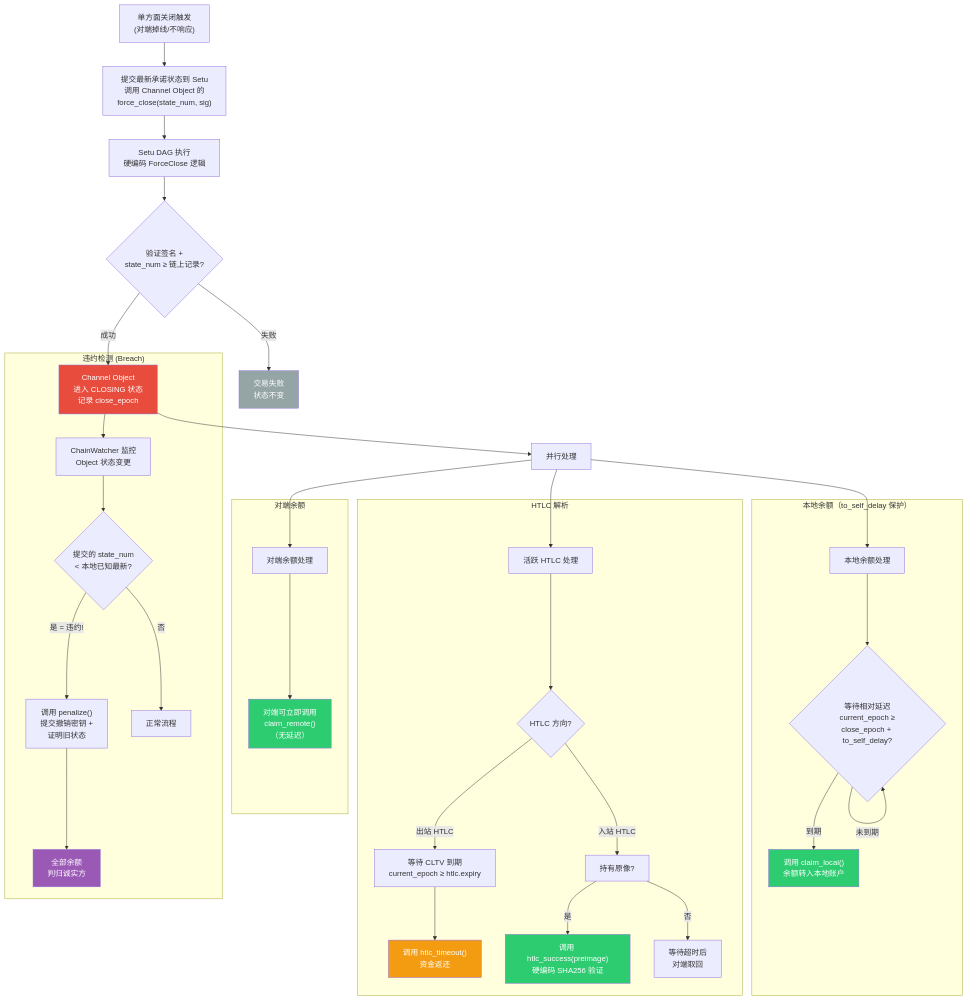
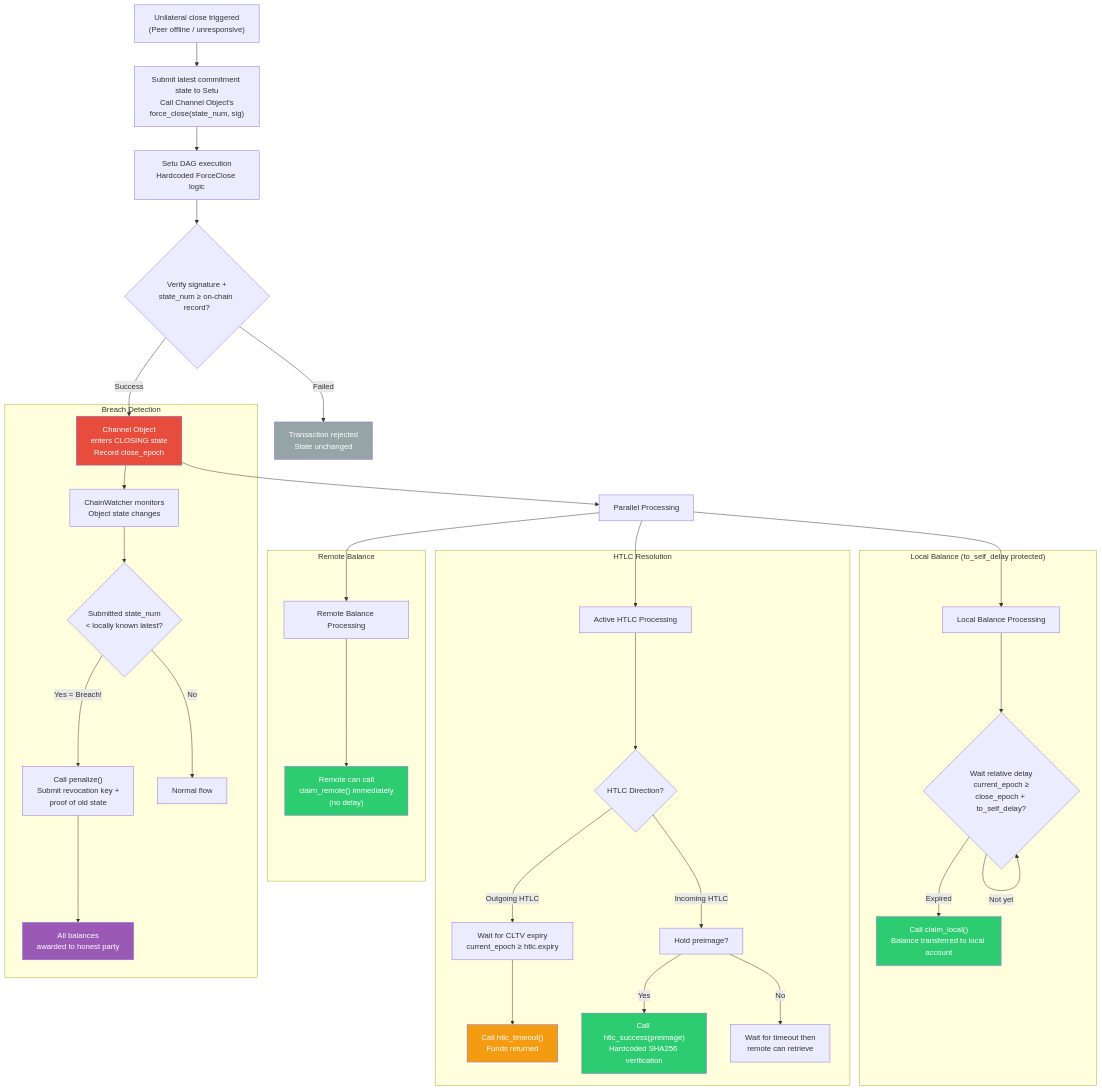
Before and after one commit to loka-network/loka-p2p-lnd: the sixth of 9 diagrams in 1-refactor-docs/setu/lnd-and-setu-integration.md, drawn with Mermaid. The commit also changed other lines of this file and 12 other files, not shown here.

````diff
--- a/1-refactor-docs/setu/lnd-and-setu-integration.md
+++ b/1-refactor-docs/setu/lnd-and-setu-integration.md
@@ -294,54 +294,54 @@
 ```mermaid
 flowchart TB
-    Start["单方面关闭触发<br/>(对端掉线/不响应)"]
+    Start["Unilateral close triggered<br/>(Peer offline / unresponsive)"]
 
-    Start --> Publish["提交最新承诺状态到 Setu<br/>调用 Channel Object 的<br/>force_close(state_num, sig)"]
+    Start --> Publish["Submit latest commitment state to Setu<br/>Call Channel Object's<br/>force_close(state_num, sig)"]
 
-    Publish --> SetuExec["Setu DAG 执行<br/>硬编码 ForceClose 逻辑"]
-    SetuExec --> Validate{"验证签名 +<br/>state_num ≥ 链上记录?"}
+    Publish --> SetuExec["Setu DAG execution<br/>Hardcoded ForceClose logic"]
+    SetuExec --> Validate{"Verify signature +<br/>state_num ≥ on-chain record?"}
 
-    Validate -->|"失败"| Reject["交易失败<br/>状态不变"]
-    Validate -->|"成功"| Freeze["Channel Object<br/>进入 CLOSING 状态<br/>记录 close_epoch"]
+    Validate -->|"Failed"| Reject["Transaction rejected<br/>State unchanged"]
+    Validate -->|"Success"| Freeze["Channel Object<br/>enters CLOSING state<br/>Record close_epoch"]
 
-    Freeze --> Parallel["并行处理"]
+    Freeze --> Parallel["Parallel Processing"]
 
-    Parallel --> LocalBalance["本地余额处理"]
-    Parallel --> RemoteBalance["对端余额处理"]
-    Parallel --> HTLCs["活跃 HTLC 处理"]
+    Parallel --> LocalBalance["Local Balance Processing"]
+    Parallel --> RemoteBalance["Remote Balance Processing"]
+    Parallel --> HTLCs["Active HTLC Processing"]
 
-    subgraph "本地余额（to_self_delay 保护）"
-        LocalBalance --> WaitCSV{"等待相对延迟<br/>current_epoch ≥<br/>close_epoch + to_self_delay?"}
-        WaitCSV -->|"未到期"| WaitCSV
-        WaitCSV -->|"到期"| ClaimLocal["调用 claim_local()<br/>余额转入本地账户"]
+    subgraph "Local Balance (to_self_delay protected)"
+        LocalBalance --> WaitCSV{"Wait relative delay<br/>current_epoch ≥<br/>close_epoch + to_self_delay?"}
+        WaitCSV -->|"Not yet"| WaitCSV
+        WaitCSV -->|"Expired"| ClaimLocal["Call claim_local()<br/>Balance transferred to local account"]
     end
 
-    subgraph "对端余额"
-        RemoteBalance --> ClaimRemote["对端可立即调用<br/>claim_remote()<br/>（无延迟）"]
+    subgraph "Remote Balance"
+        RemoteBalance --> ClaimRemote["Remote can call<br/>claim_remote() immediately<br/>(no delay)"]
     end
 
-    subgraph "HTLC 解析"
-        HTLCs --> HTLCType{"HTLC 方向?"}
-        HTLCType -->|"出站 HTLC"| TimeoutPath["等待 CLTV 到期<br/>current_epoch ≥ htlc.expiry"]
-        TimeoutPath --> ClaimTimeout["调用 htlc_timeout()<br/>资金返还"]
+    subgraph "HTLC Resolution"
+        HTLCs --> HTLCType{"HTLC Direction?"}
+        HTLCType -->|"Outgoing HTLC"| TimeoutPath["Wait for CLTV expiry<br/>current_epoch ≥ htlc.expiry"]
+        TimeoutPath --> ClaimTimeout["Call htlc_timeout()<br/>Funds returned"]
 
-        HTLCType -->|"入站 HTLC"| PreimagePath["持有原像?"]
-        PreimagePath -->|"是"| ClaimSuccess["调用 htlc_success(preimage)<br/>硬编码 SHA256 验证"]
-        PreimagePath -->|"否"| WaitExpiry["等待超时后<br/>对端取回"]
+        HTLCType -->|"Incoming HTLC"| PreimagePath["Hold preimage?"]
+        PreimagePath -->|"Yes"| ClaimSuccess["Call htlc_success(preimage)<br/>Hardcoded SHA256 verification"]
+        PreimagePath -->|"No"| WaitExpiry["Wait for timeout then<br/>remote can retrieve"]
     end
 
-    subgraph "违约检测 (Breach)"
-        Freeze --> Monitor["ChainWatcher 监控<br/>Object 状态变更"]
-        Monitor --> OldState{"提交的 state_num<br/>< 本地已知最新?"}
-        OldState -->|"是 = 违约!"| Penalize["调用 penalize()<br/>提交撤销密钥 +<br/>证明旧状态"]
-        Penalize --> SeizeAll["全部余额<br/>判归诚实方"]
-        OldState -->|"否"| NoBreach["正常流程"]
+    subgraph "Breach Detection"
+        Freeze --> Monitor["ChainWatcher monitors<br/>Object state changes"]
+        Monitor --> OldState{"Submitted state_num<br/>< locally known latest?"}
+        OldState -->|"Yes = Breach!"| Penalize["Call penalize()<br/>Submit revocation key +<br/>proof of old state"]
+        Penalize --> SeizeAll["All balances<br/>awarded to honest party"]
+        OldState -->|"No"| NoBreach["Normal flow"]
     end
 
     style Freeze fill:#e74c3c,color:#fff
     style ClaimLocal fill:#2ecc71,color:#fff
     style ClaimRemote fill:#2ecc71,color:#fff
     style ClaimSuccess fill:#2ecc71,color:#fff
     style ClaimTimeout fill:#f39c12,color:#fff
     style SeizeAll fill:#9b59b6,color:#fff
     style Reject fill:#95a5a6,color:#fff
 ```
````
